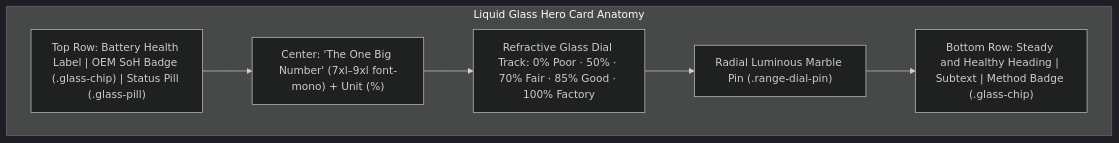
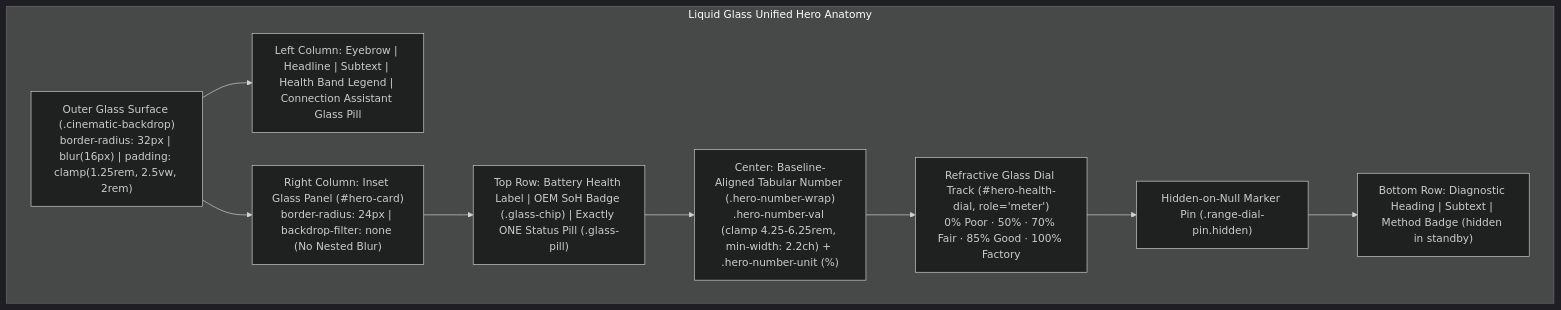
One commit to raghul11x/Ion-Battery-Health-Analyser changed the fourth of 6 diagrams in FRONTEND_DESIGN_DOC.md. Above: the diagram before and after it, drawn with Mermaid (dark theme). The commit also changed other lines of this file and 1 other file, not shown here.

Commit message:
docs(design): Phase C - update system & frontend design docs for hero architecture, zero-hallucination dial, and theme-matched prism aurora

````diff
--- a/FRONTEND_DESIGN_DOC.md
+++ b/FRONTEND_DESIGN_DOC.md
@@ -280,15 +290,17 @@
 ```mermaid
 flowchart TD
-    subgraph Hero_Card ["Liquid Glass Hero Card Anatomy"]
-        TOP["Top Row: Battery Health Label | OEM SoH Badge (.glass-chip) | Status Pill (.glass-pill)"]
-        NUM["Center: 'The One Big Number' (7xl–9xl font-mono) + Unit (%)"]
-        DIAL["Refractive Glass Dial Track: 0% Poor · 50% · 70% Fair · 85% Good · 100% Factory"]
-        PIN["Radial Luminous Marble Pin (.range-dial-pin)"]
-        BOTTOM["Bottom Row: Steady and Healthy Heading | Subtext | Method Badge (.glass-chip)"]
+    subgraph Hero_Architecture ["Liquid Glass Unified Hero Anatomy"]
+        OUTER["Outer Glass Surface (.cinematic-backdrop)<br/>border-radius: 32px | blur(16px) | padding: clamp(1.25rem, 2.5vw, 2rem)"]
+        LEFT["Left Column: Eyebrow | Headline | Subtext | Health Band Legend | Connection Assistant Glass Pill"]
+        INSET["Right Column: Inset Glass Panel (#hero-card)<br/>border-radius: 24px | backdrop-filter: none (No Nested Blur)"]
+        
+        TOP["Top Row: Battery Health Label | OEM SoH Badge (.glass-chip) | Exactly ONE Status Pill (.glass-pill)"]
+        NUM["Center: Baseline-Aligned Tabular Number (.hero-number-wrap)<br/>.hero-number-val (clamp 4.25-6.25rem, min-width: 2.2ch) + .hero-number-unit (%)"]
+        DIAL["Refractive Glass Dial Track (#hero-health-dial, role='meter')<br/>0% Poor · 50% · 70% Fair · 85% Good · 100% Factory"]
+        PIN["Hidden-on-Null Marker Pin (.range-dial-pin.hidden)"]
+        BOTTOM["Bottom Row: Diagnostic Heading | Subtext | Method Badge (hidden in standby)"]
+        
+        OUTER --> LEFT & INSET
+        INSET --> TOP --> NUM --> DIAL --> PIN --> BOTTOM
     end
-    
-    TOP --> NUM
-    NUM --> DIAL
-    DIAL --> PIN
-    PIN --> BOTTOM
 ```
````
